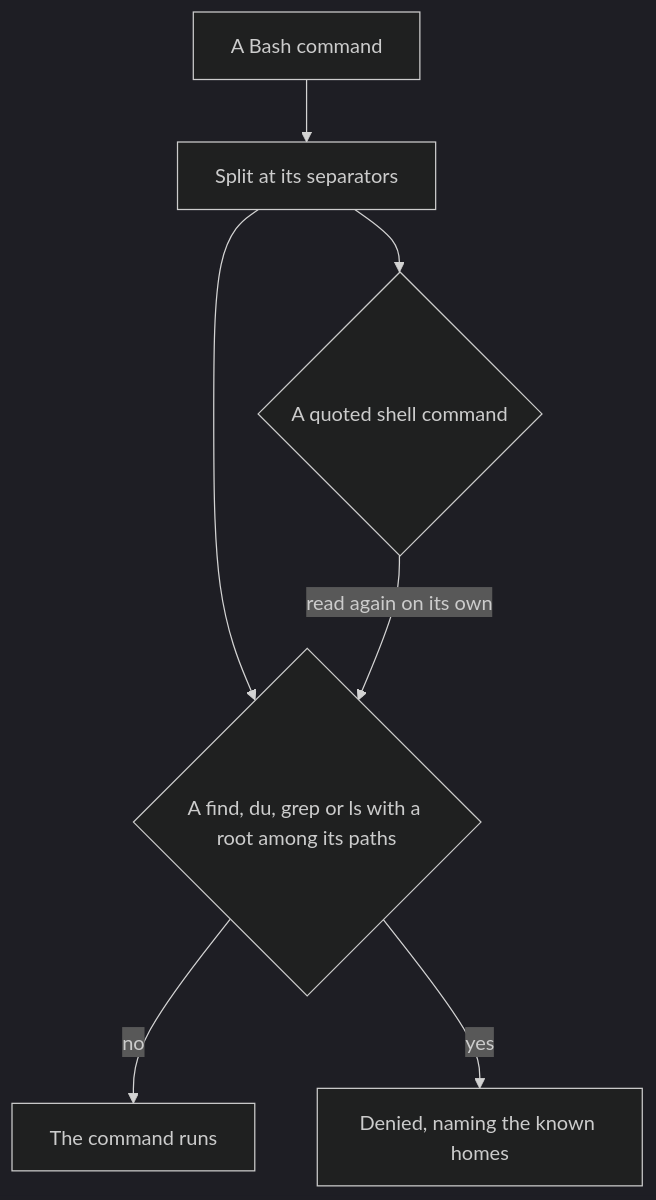
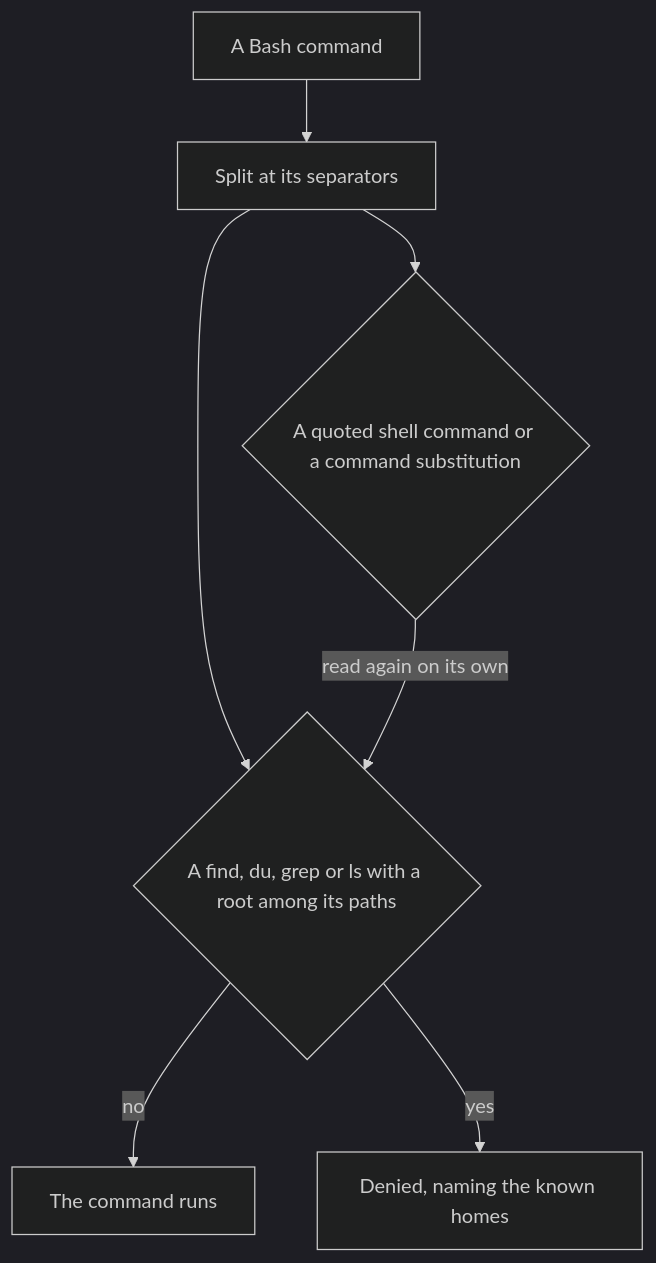
Before and after one commit to Esposter/Esposter: the diagram in apps/web/content/docs/infra/claude-interface/genshin-mods/disk-scan.md, drawn with Mermaid (dark theme). The commit also changed other lines of this file and 2 other files, not shown here.

First line of the commit message:
fix(genshin-mods): the disk scan guard splits outside quotes, reads command substitutions, a root's glob and grep's pattern operands

````diff
--- a/apps/web/content/docs/infra/claude-interface/genshin-mods/disk-scan.md
+++ b/apps/web/content/docs/infra/claude-interface/genshin-mods/disk-scan.md
@@ -30,9 +30,9 @@
 ```mermaid
 flowchart TD
   Command[A Bash command] --> Split[Split at its separators]
   Split --> Scan{A find, du, grep or ls with a root among its paths}
   Scan -->|no| Run[The command runs]
   Scan -->|yes| Deny[Denied, naming the known homes]
-  Split --> Nested{A quoted shell command}
+  Split --> Nested{A quoted shell command or a command substitution}
   Nested -->|read again on its own| Scan
 ```
````
